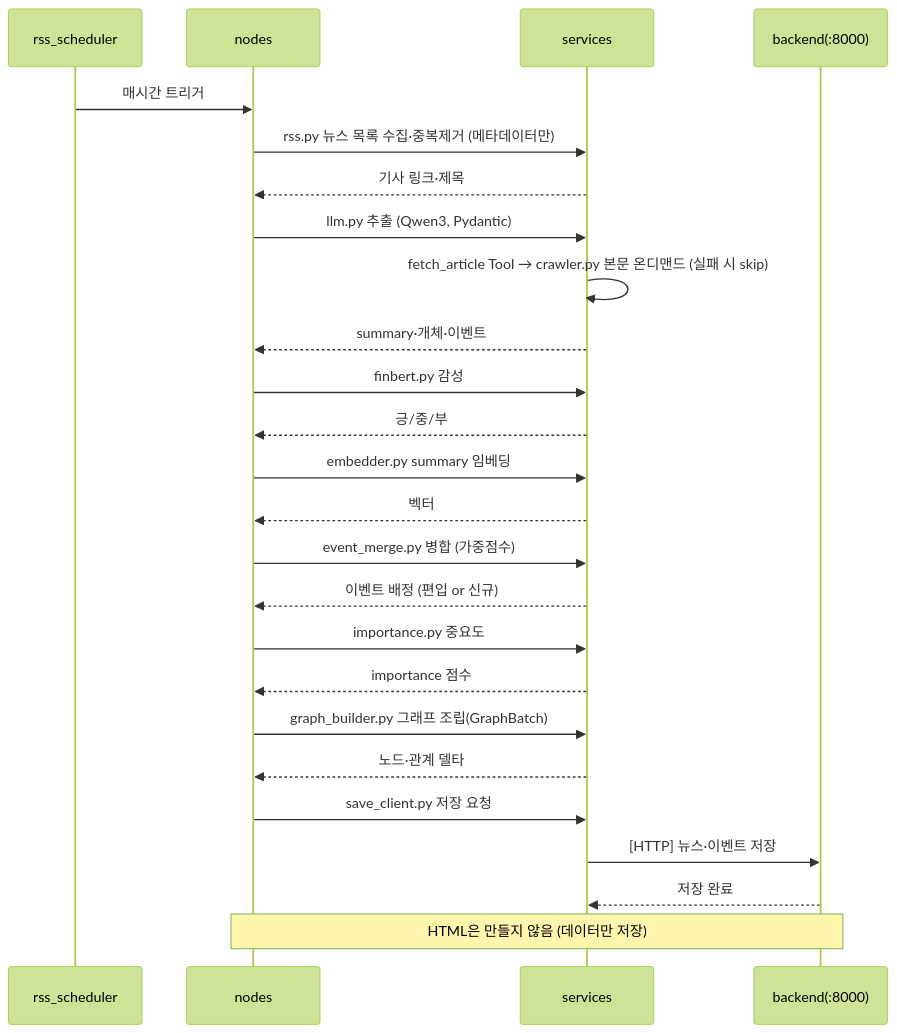
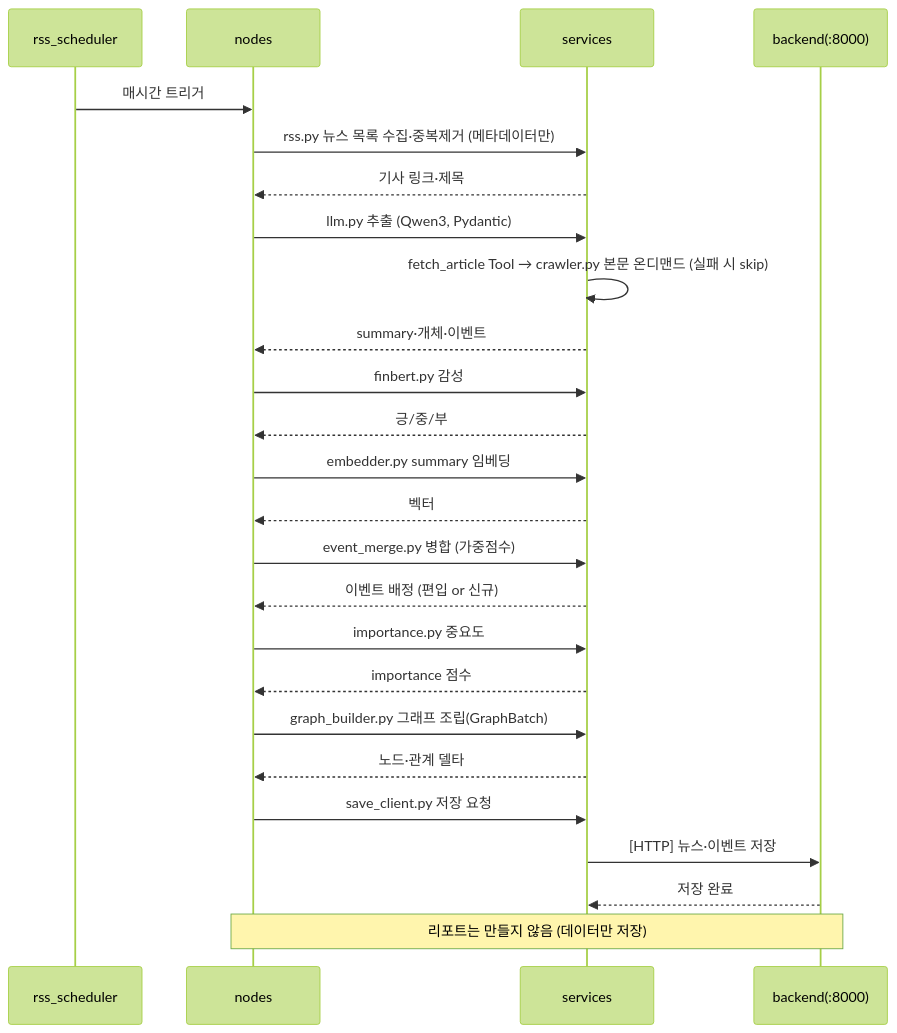
One commit to MTVS03/verith changed the first of 3 diagrams in ai/src/agents/news/docs/sequence.md. Above: the diagram before and after it, drawn with Mermaid (forest theme). The commit also changed other lines of this file and 14 other files, not shown here.

````diff
--- a/ai/src/agents/news/docs/sequence.md
+++ b/ai/src/agents/news/docs/sequence.md
@@ -7,27 +7,27 @@
 ```mermaid
 sequenceDiagram
   participant SCH as rss_scheduler
   participant N as nodes
   participant SV as services
   participant BE as backend(:8000)
   SCH->>N: 매시간 트리거
   N->>SV: rss.py 뉴스 목록 수집·중복제거 (메타데이터만)
   SV-->>N: 기사 링크·제목
   N->>SV: llm.py 추출 (Qwen3, Pydantic)
   SV->>SV: fetch_article Tool → crawler.py 본문 온디맨드 (실패 시 skip)
   SV-->>N: summary·개체·이벤트
   N->>SV: finbert.py 감성
   SV-->>N: 긍/중/부
   N->>SV: embedder.py summary 임베딩
   SV-->>N: 벡터
   N->>SV: event_merge.py 병합 (가중점수)
   SV-->>N: 이벤트 배정 (편입 or 신규)
   N->>SV: importance.py 중요도
   SV-->>N: importance 점수
   N->>SV: graph_builder.py 그래프 조립(GraphBatch)
   SV-->>N: 노드·관계 델타
   N->>SV: save_client.py 저장 요청
   SV->>BE: [HTTP] 뉴스·이벤트 저장
   BE-->>SV: 저장 완료
-  Note over N,BE: HTML은 만들지 않음 (데이터만 저장)
+  Note over N,BE: 리포트는 만들지 않음 (데이터만 저장)
 ```
````
